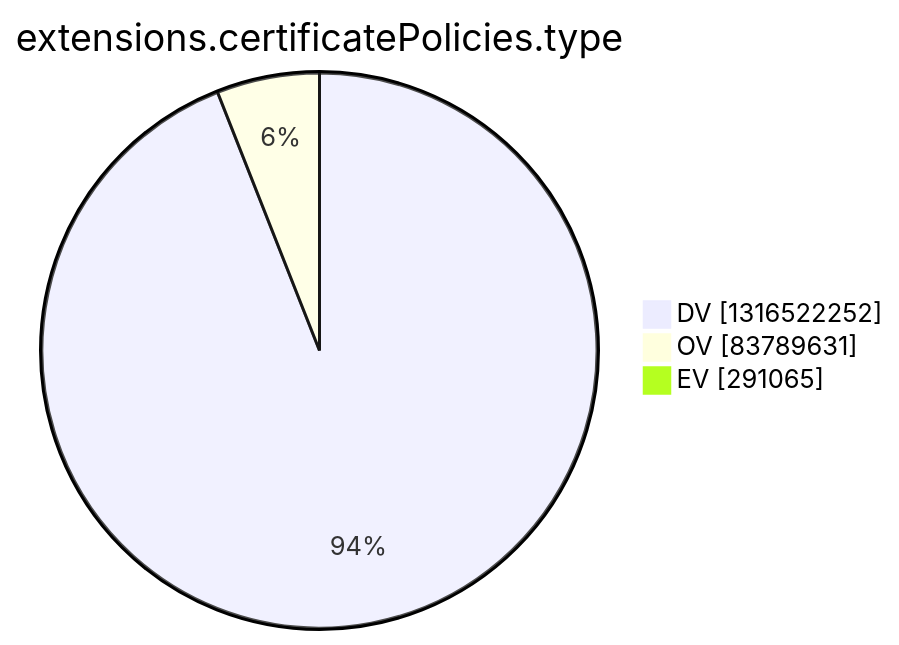
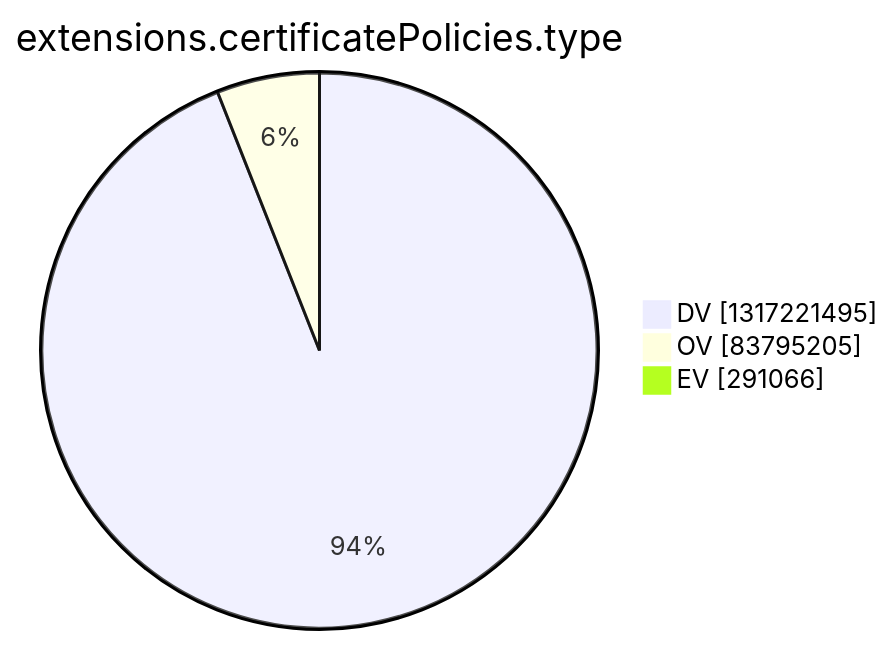
The tenth of 15 diagrams in argon2022/README.md (christiankrug/ctmonitor_visualization), drawn with Mermaid before and after one commit. The commit also changed other lines of this file, not shown here.

````diff
--- a/argon2022/README.md
+++ b/argon2022/README.md
@@ -2772,7 +2772,7 @@
 ```mermaid
 pie showData
 title extensions.certificatePolicies.type
-"DV" :1316522252
-"OV" :83789631
-"EV" :291065
+"DV" :1317221495
+"OV" :83795205
+"EV" :291066
 ```
````
